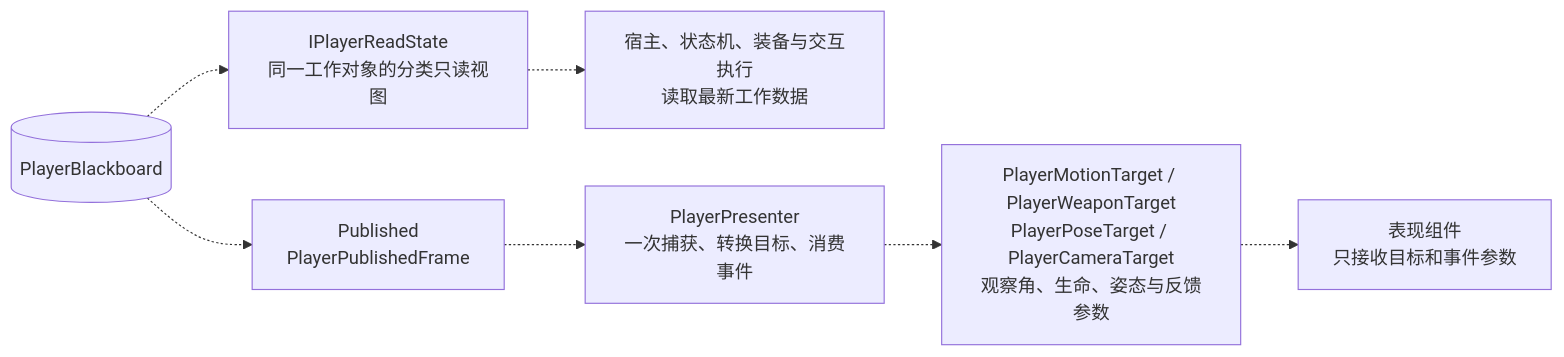
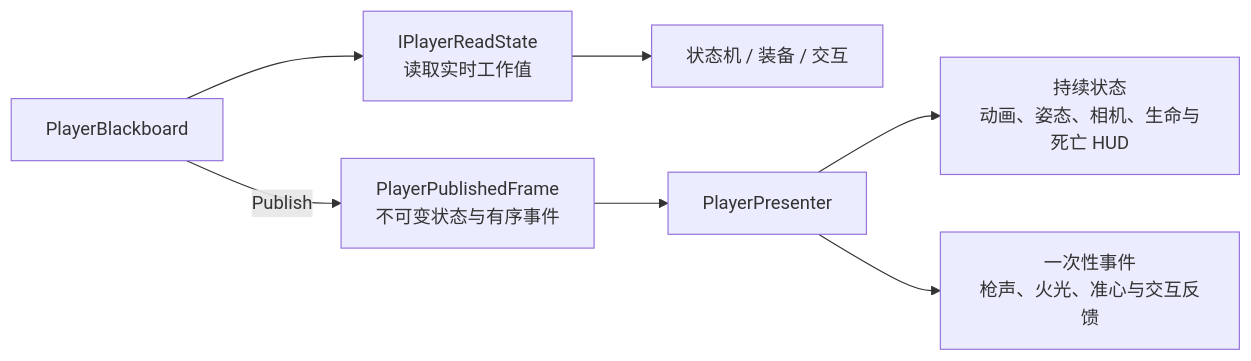
The fourth of 5 diagrams in Assets/文档/Player组件框架与调用时序.md (qwqwmwpwp/RPG-2), drawn with Mermaid before and after one commit. The commit also changed other lines of this file and 31734 other files, not shown here.

````diff
--- a/Assets/文档/Player组件框架与调用时序.md
+++ b/Assets/文档/Player组件框架与调用时序.md
@@ -134,12 +61,9 @@
 ```mermaid
 flowchart LR
-    B[("PlayerBlackboard")]
-    R["IPlayerReadState<br/>同一工作对象的分类只读视图"]
-    Logic["宿主、状态机、装备与交互执行<br/>读取最新工作数据"]
-    F["Published<br/>PlayerPublishedFrame"]
-    P["PlayerPresenter<br/>一次捕获、转换目标、消费事件"]
-    T["PlayerMotionTarget / PlayerWeaponTarget<br/>PlayerPoseTarget / PlayerCameraTarget<br/>观察角、生命、姿态与反馈参数"]
-    V["表现组件<br/>只接收目标和事件参数"]
-    B -.-> R -.-> Logic
-    B -.-> F -.-> P -.-> T -.-> V
+    Board["PlayerBlackboard"] --> Read["IPlayerReadState<br/>读取实时工作值"]
+    Read --> Logic["状态机 / 装备 / 交互"]
+    Board -->|Publish| Frame["PlayerPublishedFrame<br/>不可变状态与有序事件"]
+    Frame --> Presenter["PlayerPresenter"]
+    Presenter --> State["持续状态<br/>动画、姿态、相机、生命与死亡 HUD"]
+    Presenter --> Event["一次性事件<br/>枪声、火光、准心与交互反馈"]
 ```
````
